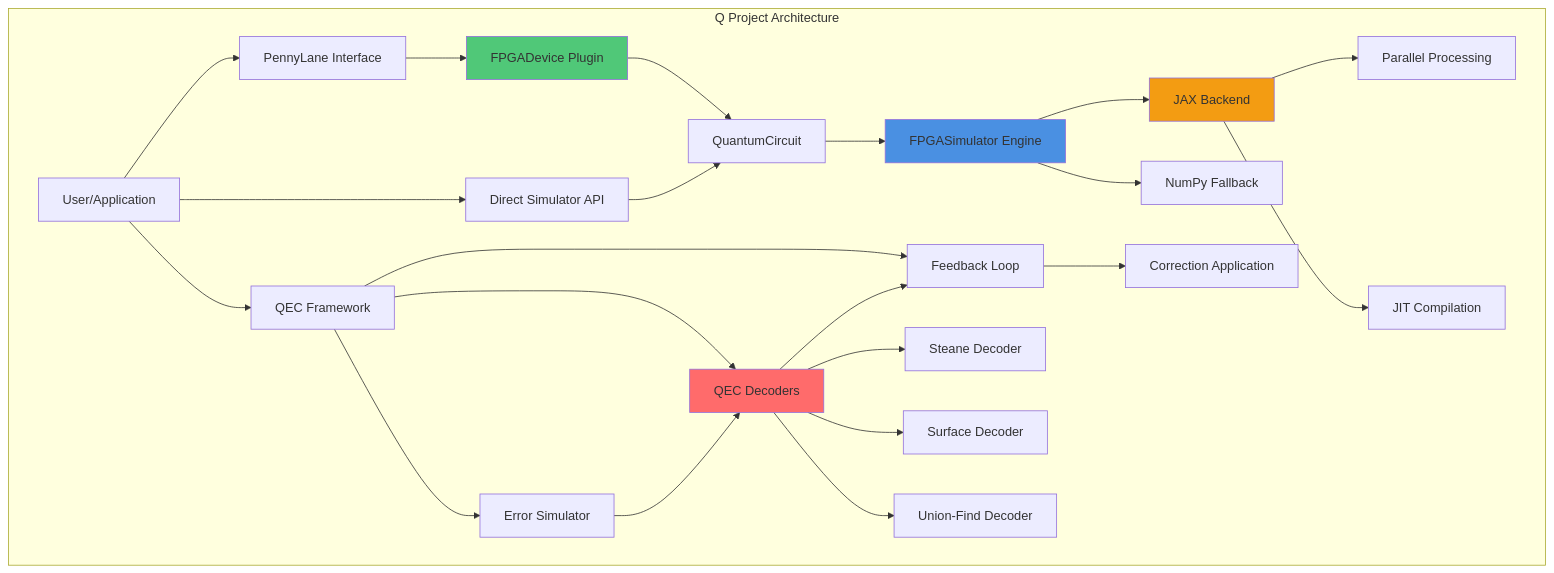
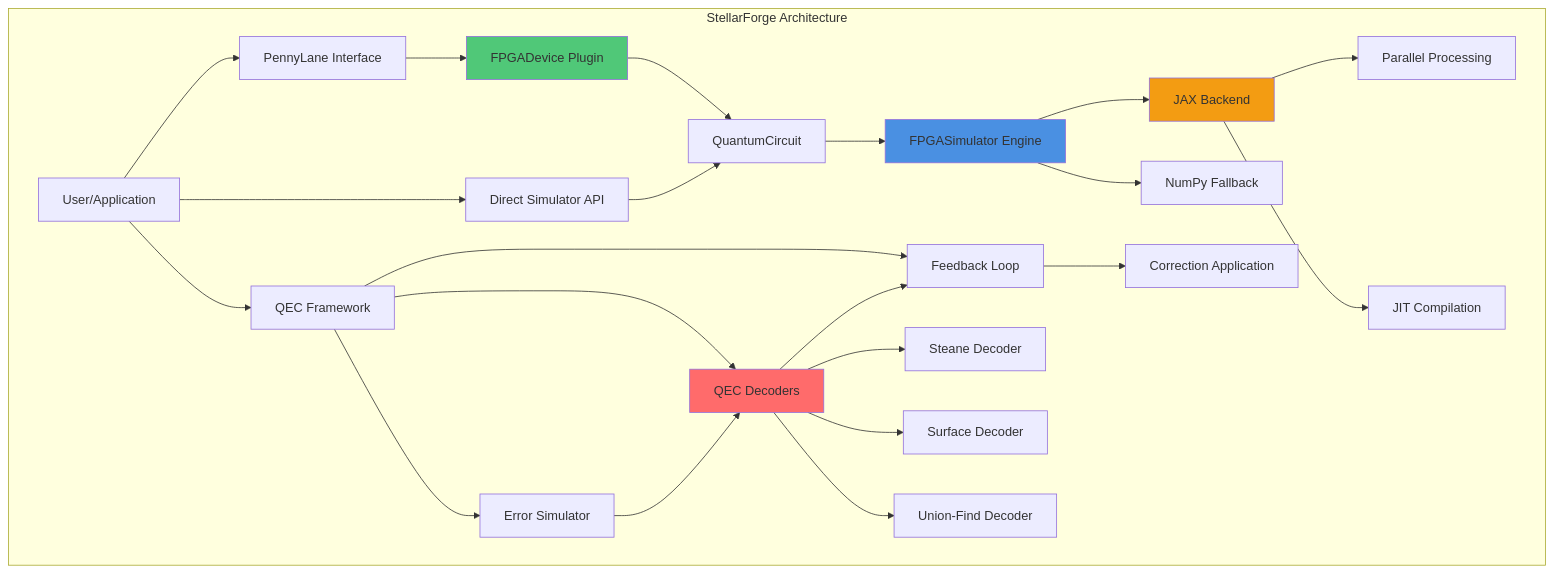
The first of 6 diagrams in PROJECT_DESCRIPTION.md (ahmed27037/Q), drawn with Mermaid before and after one commit. The commit also changed other lines of this file and 10 other files, not shown here.

Commit message:
Rebrand to StellarForge: Add PNG diagrams and update project name

````diff
--- a/PROJECT_DESCRIPTION.md
+++ b/PROJECT_DESCRIPTION.md
@@ -29,37 +29,37 @@
 ```mermaid
 graph TB
-    subgraph "Q Project Architecture"
+    subgraph "StellarForge Architecture"
         A[User/Application] --> B[PennyLane Interface]
         A --> C[Direct Simulator API]
         A --> D[QEC Framework]
         
         B --> E[FPGADevice Plugin]
         E --> F[QuantumCircuit]
         
         C --> F
         F --> G[FPGASimulator Engine]
         
         D --> H[Error Simulator]
         D --> I[QEC Decoders]
         D --> J[Feedback Loop]
         
         G --> K[JAX Backend]
         G --> L[NumPy Fallback]
         
         I --> M[Steane Decoder]
         I --> N[Surface Decoder]
         I --> O[Union-Find Decoder]
         
         H --> I
         I --> J
         J --> P[Correction Application]
         
         K --> Q[Parallel Processing]
         K --> R[JIT Compilation]
         
         style G fill:#4a90e2
         style E fill:#50c878
         style I fill:#ff6b6b
         style K fill:#f39c12
     end
 ```
````
